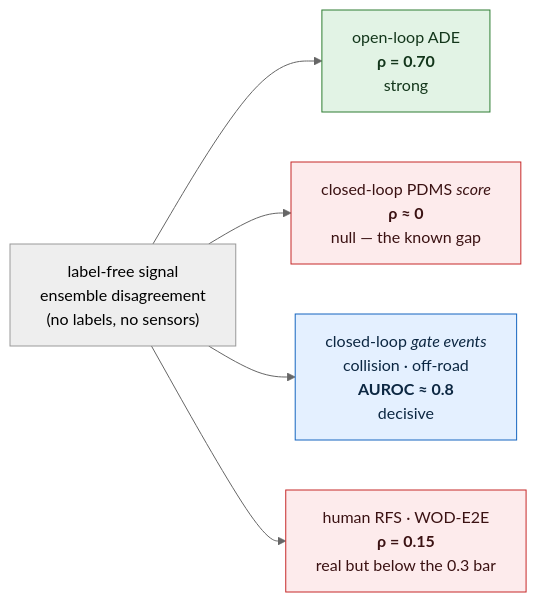
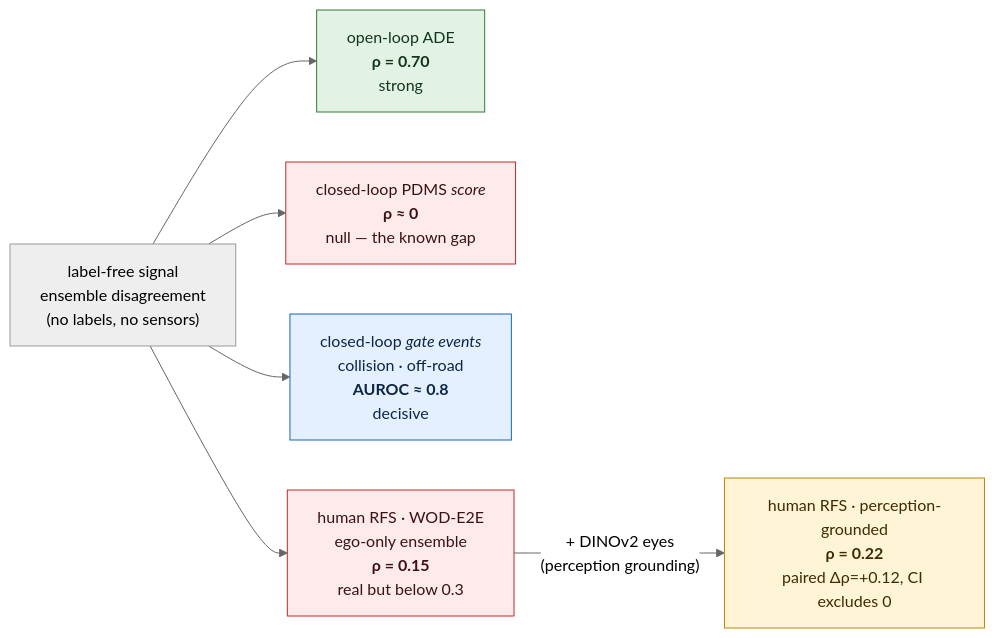
Before and after one commit to manfromnowhere143/perceptionproof: the first of 2 diagrams in README.md, drawn with Mermaid (neutral theme). The commit also changed other lines of this file and 6 other files, not shown here.

First line of the commit message:
P2f: perception grounding — scene-aware disagreement predicts human RFS significantly better

````diff
--- a/README.md
+++ b/README.md
@@ -41,14 +42,17 @@
 ```mermaid
 flowchart LR
   SIG["label-free signal<br/>ensemble disagreement<br/>(no labels, no sensors)"]
   SIG --> A["open-loop ADE<br/><b>ρ = 0.70</b><br/>strong"]
   SIG --> B["closed-loop PDMS <i>score</i><br/><b>ρ ≈ 0</b><br/>null — the known gap"]
   SIG --> C["closed-loop <i>gate events</i><br/>collision · off-road<br/><b>AUROC ≈ 0.8</b><br/>decisive"]
-  SIG --> E["human RFS · WOD-E2E<br/><b>ρ = 0.15</b><br/>real but below the 0.3 bar"]
+  SIG --> E["human RFS · WOD-E2E<br/>ego-only ensemble<br/><b>ρ = 0.15</b><br/>real but below 0.3"]
+  E -- "+ DINOv2 eyes<br/>(perception grounding)" --> F["human RFS · perception-grounded<br/><b>ρ = 0.22</b><br/>paired Δρ=+0.12, CI excludes 0"]
   classDef strong fill:#e2f3e5,stroke:#2e7d32,color:#13361b;
   classDef null fill:#fdebec,stroke:#c62828,color:#3b1213;
   classDef win fill:#e4f0ff,stroke:#1565c0,color:#0c2742;
+  classDef lift fill:#fff4d6,stroke:#b8860b,color:#3d2c00;
   class A strong;
   class B,E null;
   class C win;
+  class F lift;
 ```
````
